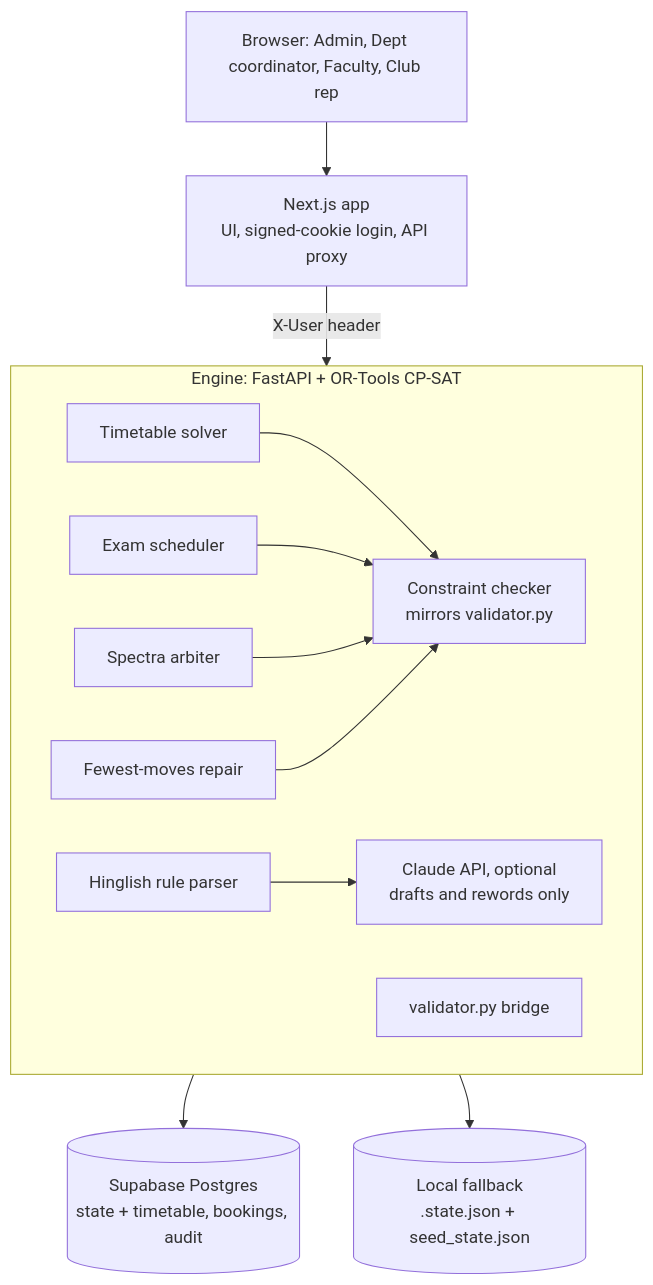
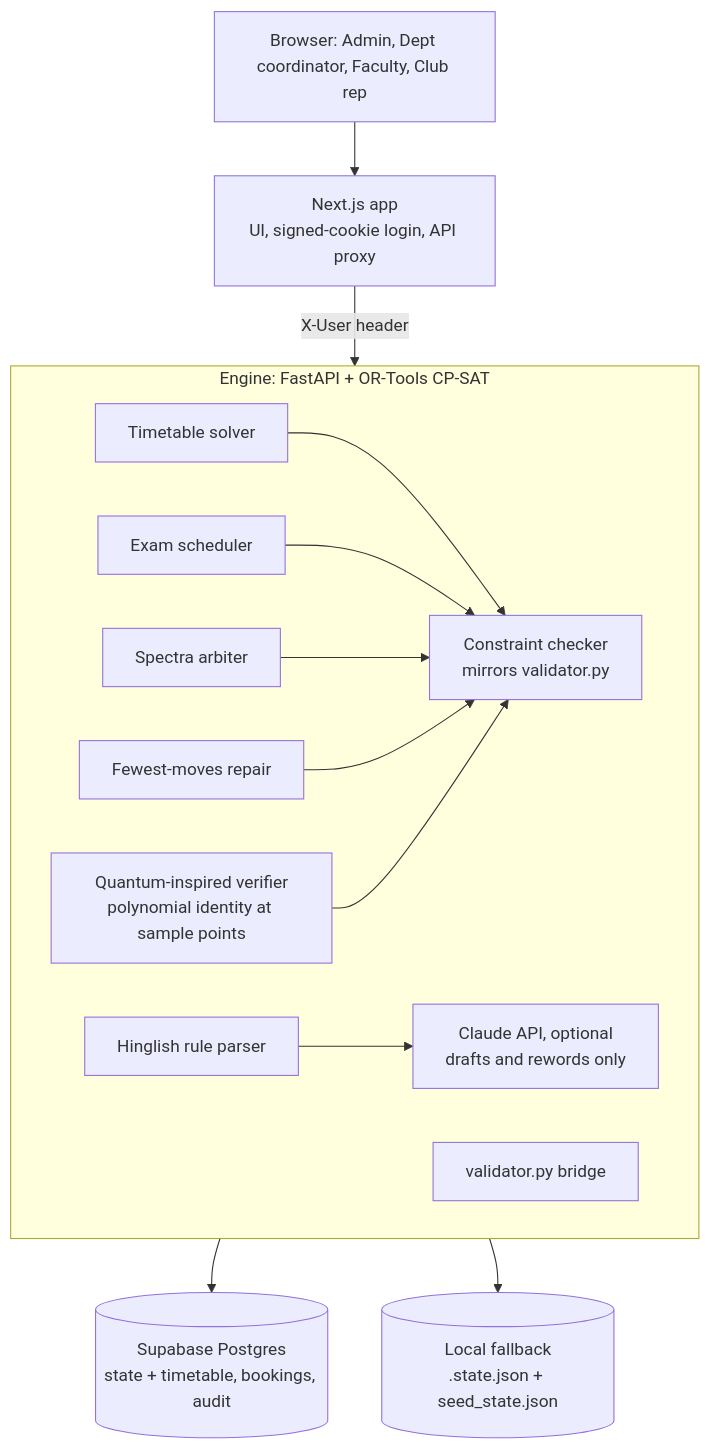
Before and after one commit to varshini-0506/CrunchWeek: the diagram in README.md, drawn with Mermaid. The commit also changed other lines of this file and 7 other files, not shown here.

````diff
--- a/README.md
+++ b/README.md
@@ -45,16 +46,17 @@
 ```mermaid
 flowchart TD
     B[Browser: Admin, Dept coordinator, Faculty, Club rep] --> W[Next.js app<br/>UI, signed-cookie login, API proxy]
     W -->|X-User header| E
     subgraph E[Engine: FastAPI + OR-Tools CP-SAT]
         C[Constraint checker<br/>mirrors validator.py]
         S[Timetable solver] --> C
         X[Exam scheduler] --> C
         A[Spectra arbiter] --> C
         R[Fewest-moves repair] --> C
         N[Hinglish rule parser] --> L[Claude API, optional<br/>drafts and rewords only]
         V[validator.py bridge]
+        Q[Quantum-inspired verifier<br/>polynomial identity at sample points] --> C
     end
     E --> F[(Supabase Postgres<br/>state + timetable, bookings, audit)]
     E --> G[(Local fallback<br/>.state.json + seed_state.json)]
 ```
````
